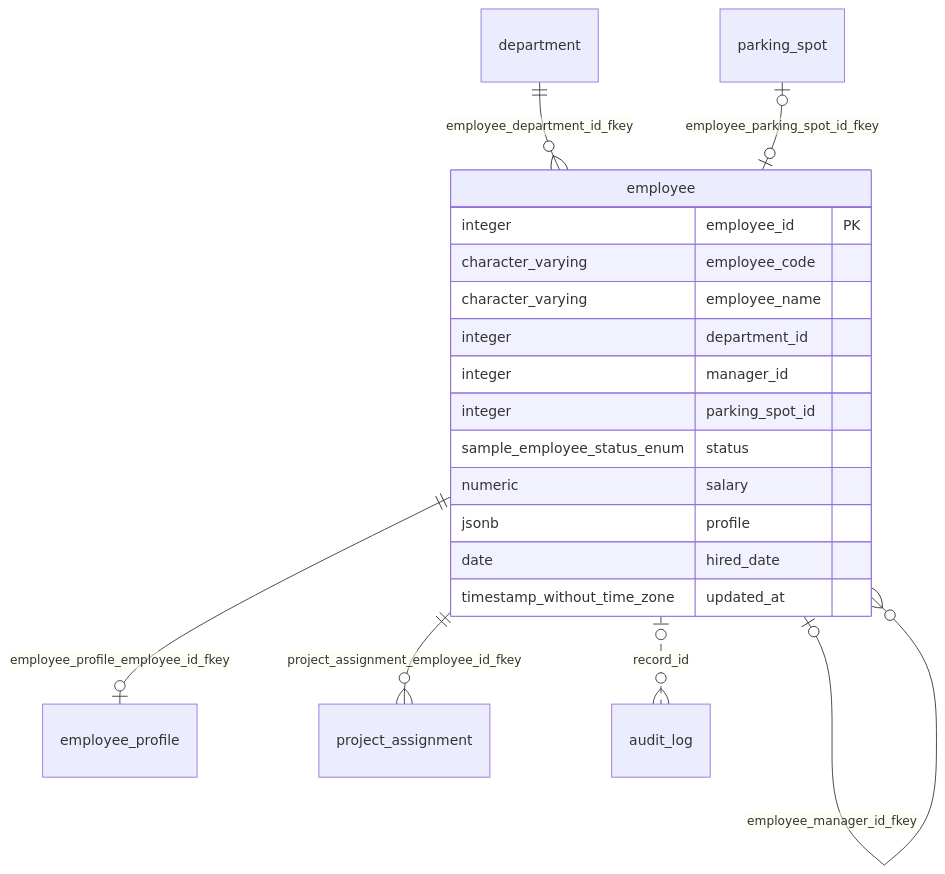
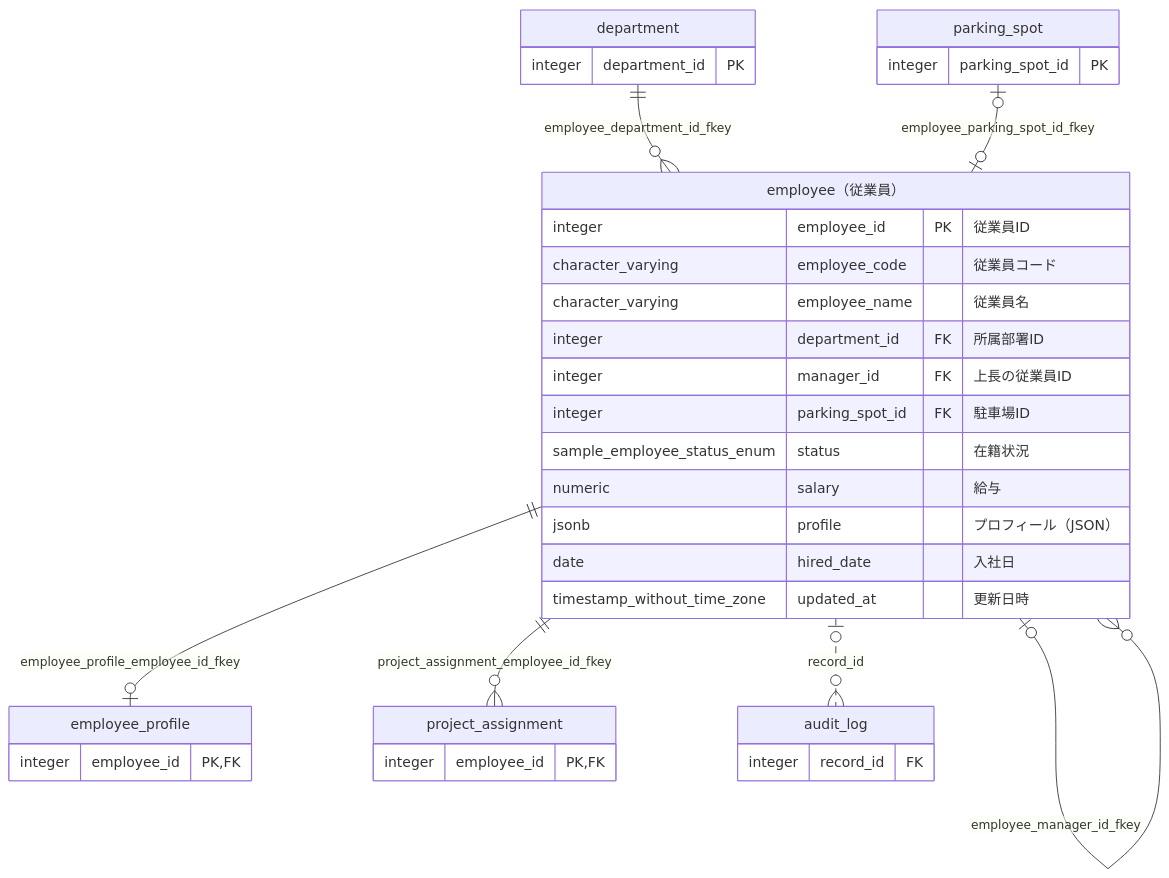
The diagram in docs/sample/postgres/output/testdb/sample/table/employee.md (ebichan88/exportTableDefinition), drawn with Mermaid before and after one commit. The commit also changed other lines of this file and 66 other files, not shown here.

First line of the commit message:
Show logical table names and relation columns in ER diagram boxes

````diff
--- a/docs/sample/postgres/output/testdb/sample/table/employee.md
+++ b/docs/sample/postgres/output/testdb/sample/table/employee.md
@@ -77,28 +77,43 @@
 ```mermaid
 erDiagram
-    sample_employee["employee"]
+    sample_employee["employee（従業員）"]
     sample_department["department"]
     sample_parking_spot["parking_spot"]
     sample_employee_profile["employee_profile"]
     sample_project_assignment["project_assignment"]
     sample_audit_log["audit_log"]
     sample_department ||--o{ sample_employee : "employee_department_id_fkey"
     sample_employee |o--o{ sample_employee : "employee_manager_id_fkey"
     sample_parking_spot |o--o| sample_employee : "employee_parking_spot_id_fkey"
     sample_employee ||--o| sample_employee_profile : "employee_profile_employee_id_fkey"
     sample_employee ||--o{ sample_project_assignment : "project_assignment_employee_id_fkey"
     sample_employee |o..o{ sample_audit_log : "record_id"
     sample_employee {
-        integer employee_id PK
-        character_varying employee_code
-        character_varying employee_name
-        integer department_id
-        integer manager_id
-        integer parking_spot_id
-        sample_employee_status_enum status
-        numeric salary
-        jsonb profile
-        date hired_date
-        timestamp_without_time_zone updated_at
+        integer employee_id PK "従業員ID"
+        character_varying employee_code "従業員コード"
+        character_varying employee_name "従業員名"
+        integer department_id FK "所属部署ID"
+        integer manager_id FK "上長の従業員ID"
+        integer parking_spot_id FK "駐車場ID"
+        sample_employee_status_enum status "在籍状況"
+        numeric salary "給与"
+        jsonb profile "プロフィール（JSON）"
+        date hired_date "入社日"
+        timestamp_without_time_zone updated_at "更新日時"
+    }
+    sample_department {
+        integer department_id PK
+    }
+    sample_parking_spot {
+        integer parking_spot_id PK
+    }
+    sample_employee_profile {
+        integer employee_id PK, FK
+    }
+    sample_project_assignment {
+        integer employee_id PK, FK
+    }
+    sample_audit_log {
+        integer record_id FK
     }
 ```
````
